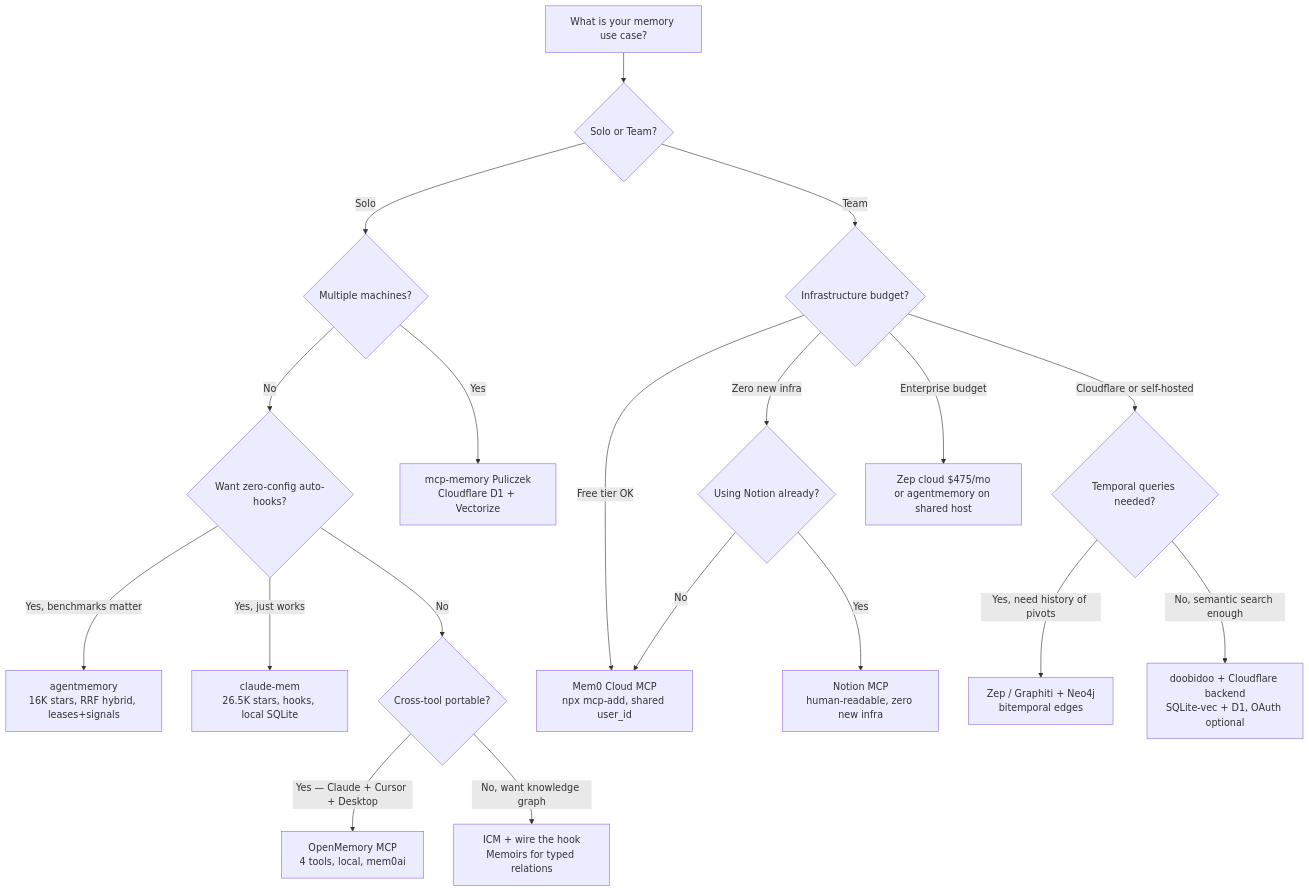
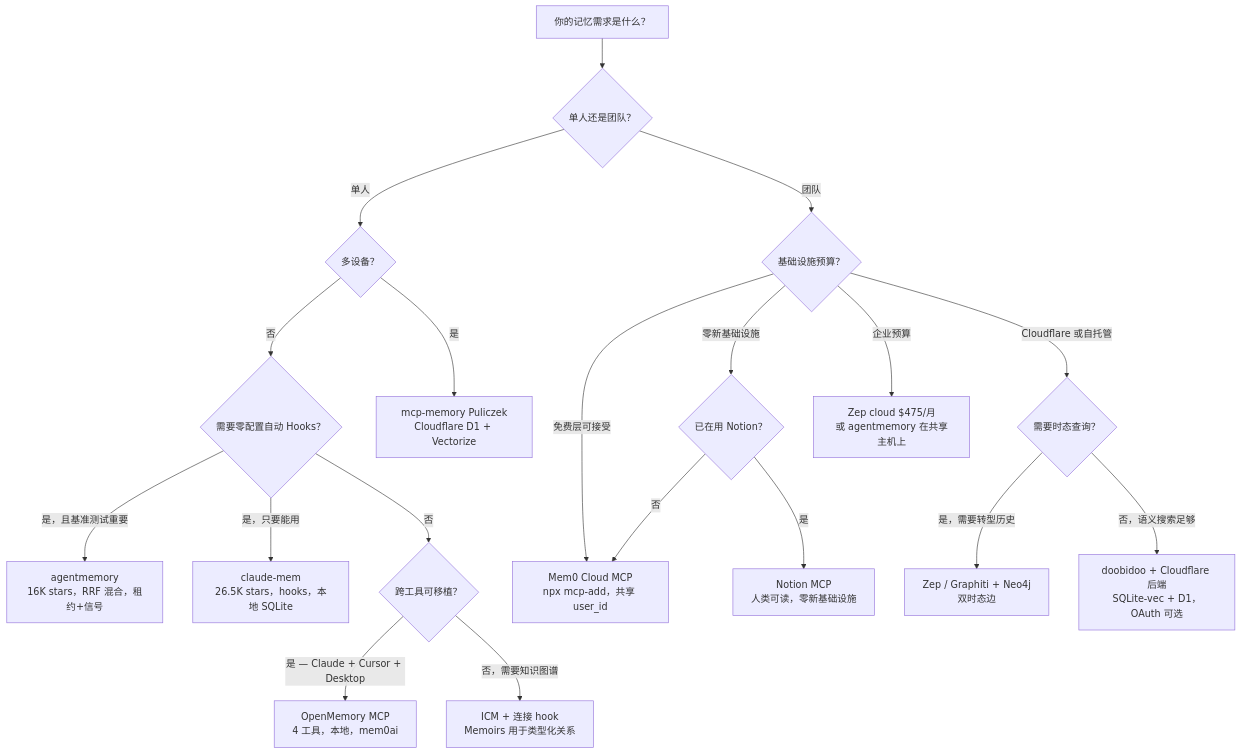
One commit to lawrencewzen/aispark-wiki changed the diagram in claude-code/core/memory-systems.md. Above: the diagram before and after it, drawn with Mermaid. The commit also changed other lines of this file and 82 other files, not shown here.

````diff
--- a/claude-code/core/memory-systems.md
+++ b/claude-code/core/memory-systems.md
@@ -928,28 +928,28 @@
 ```mermaid
 flowchart TD
-    A[What is your memory use case?] --> B{Solo or Team?}
+    A[你的记忆需求是什么？] --> B{单人还是团队？}
 
-    B -->|Solo| C{Multiple machines?}
-    B -->|Team| T{Infrastructure budget?}
+    B -->|单人| C{多设备？}
+    B -->|团队| T{基础设施预算？}
 
-    C -->|No| D{Want zero-config auto-hooks?}
-    C -->|Yes| E[mcp-memory Puliczek\nCloudflare D1 + Vectorize]
+    C -->|否| D{需要零配置自动 Hooks？}
+    C -->|是| E[mcp-memory Puliczek\nCloudflare D1 + Vectorize]
 
-    D -->|Yes, benchmarks matter| H[agentmemory\n16K stars, RRF hybrid, leases+signals]
-    D -->|Yes, just works| I[claude-mem\n26.5K stars, hooks, local SQLite]
-    D -->|No| G{Cross-tool portable?}
+    D -->|是，且基准测试重要| H[agentmemory\n16K stars，RRF 混合，租约+信号]
+    D -->|是，只要能用| I[claude-mem\n26.5K stars，hooks，本地 SQLite]
+    D -->|否| G{跨工具可移植？}
 
-    G -->|Yes — Claude + Cursor + Desktop| J[OpenMemory MCP\n4 tools, local, mem0ai]
-    G -->|No, want knowledge graph| K[ICM + wire the hook\nMemoirs for typed relations]
+    G -->|是 — Claude + Cursor + Desktop| J[OpenMemory MCP\n4 工具，本地，mem0ai]
+    G -->|否，需要知识图谱| K[ICM + 连接 hook\nMemoirs 用于类型化关系]
 
-    T -->|Zero new infra| U{Using Notion already?}
-    T -->|Free tier OK| V[Mem0 Cloud MCP\nnpx mcp-add, shared user_id]
-    T -->|Cloudflare or self-hosted| W{Temporal queries needed?}
-    T -->|Enterprise budget| X[Zep cloud $475/mo\nor agentmemory on shared host]
+    T -->|零新基础设施| U{已在用 Notion？}
+    T -->|免费层可接受| V[Mem0 Cloud MCP\nnpx mcp-add，共享 user_id]
+    T -->|Cloudflare 或自托管| W{需要时态查询？}
+    T -->|企业预算| X[Zep cloud $475/月\n或 agentmemory 在共享主机上]
 
-    U -->|Yes| Y[Notion MCP\nhuman-readable, zero new infra]
-    U -->|No| V
+    U -->|是| Y[Notion MCP\n人类可读，零新基础设施]
+    U -->|否| V
 
-    W -->|Yes, need history of pivots| Z[Zep / Graphiti + Neo4j\nbitemporal edges]
-    W -->|No, semantic search enough| AA[doobidoo + Cloudflare backend\nSQLite-vec + D1, OAuth optional]
+    W -->|是，需要转型历史| Z[Zep / Graphiti + Neo4j\n双时态边]
+    W -->|否，语义搜索足够| AA[doobidoo + Cloudflare 后端\nSQLite-vec + D1，OAuth 可选]
 ```
````
